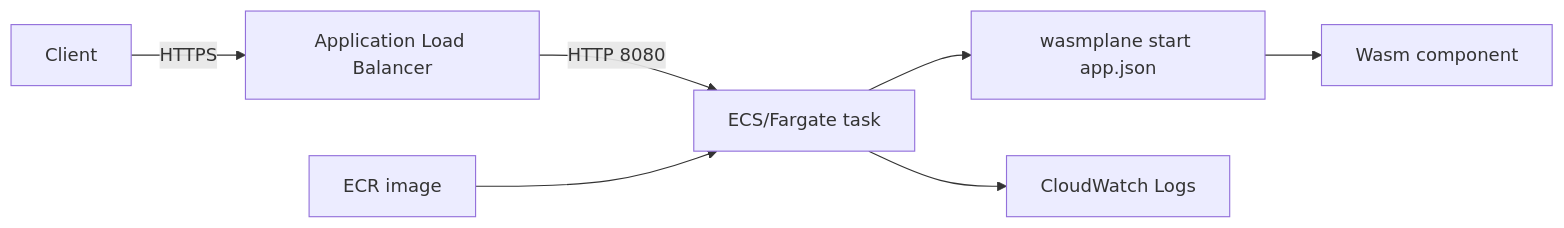
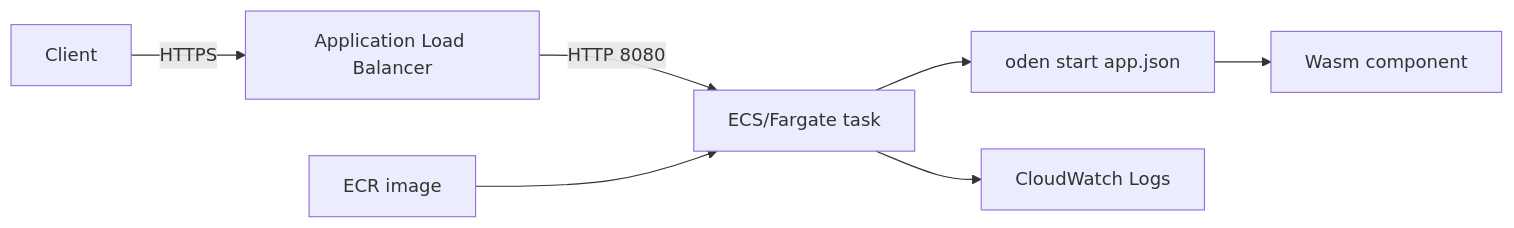
One commit to mizchi/odenctl changed the diagram in infra/terraform/aws-standalone/README.md. Above: the diagram before and after it, drawn with Mermaid. The commit also changed other lines of this file and 342 other files, not shown here.

````diff
--- a/infra/terraform/aws-standalone/README.md
+++ b/infra/terraform/aws-standalone/README.md
@@ -12,9 +12,9 @@
 ```mermaid
 flowchart LR
     client[Client] -->|HTTPS| alb[Application Load Balancer]
     alb -->|HTTP 8080| task[ECS/Fargate task]
-    task --> runtime[wasmplane start app.json]
+    task --> runtime[oden start app.json]
     runtime --> guest[Wasm component]
     ecr[ECR image] --> task
     task --> logs[CloudWatch Logs]
 ```
````
